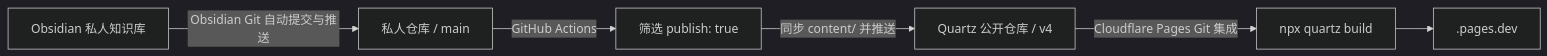
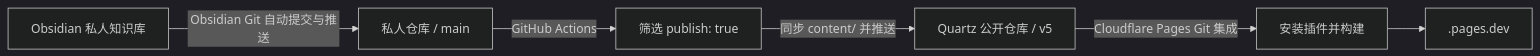
One commit to Super-YYQ/yyq-quartz changed the diagram in content/windows/Obsidian 私人知识库自动发布 Quartz 与 Cloudflare Pages.md. Above: the diagram before and after it, drawn with Mermaid (dark theme). The commit also changed other lines of this file and 3 other files, not shown here.

````diff
--- a/content/windows/Obsidian 私人知识库自动发布 Quartz 与 Cloudflare Pages.md
+++ b/content/windows/Obsidian 私人知识库自动发布 Quartz 与 Cloudflare Pages.md
@@ -37,8 +37,8 @@
 ```mermaid
 flowchart LR
     A["Obsidian 私人知识库"] -->|"Obsidian Git 自动提交与推送"| B["私人仓库 / main"]
     B -->|"GitHub Actions"| C["筛选 publish: true"]
-    C -->|"同步 content/ 并推送"| D["Quartz 公开仓库 / v4"]
-    D -->|"Cloudflare Pages Git 集成"| E["npx quartz build"]
+    C -->|"同步 content/ 并推送"| D["Quartz 公开仓库 / v5"]
+    D -->|"Cloudflare Pages Git 集成"| E["安装插件并构建"]
     E --> F["<PROJECT_NAME>.pages.dev"]
 ```
````
